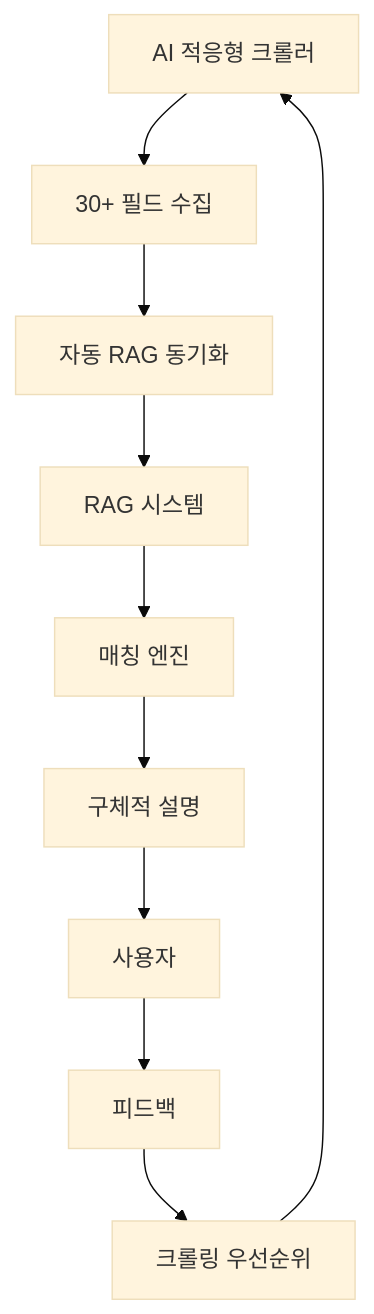
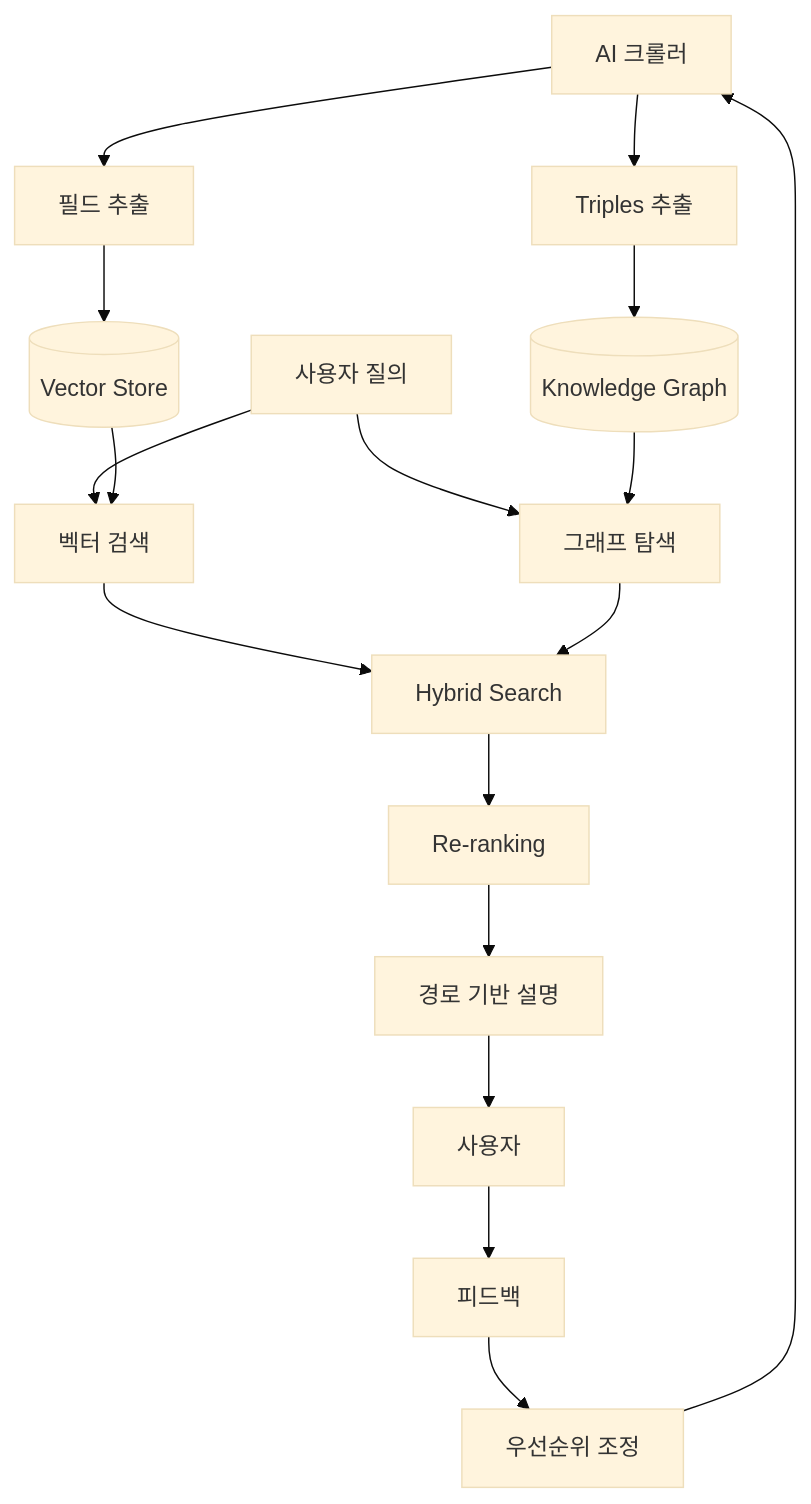
One commit to park-jongbeom/college-crawler changed the ninth of 9 diagrams in docs/AI_ENHANCEMENT_PLAN_2026.md. Above: the diagram before and after it, drawn with Mermaid (base theme). The commit also changed other lines of this file, not shown here.

First line of the commit message:
feat: AI 기반 Knowledge Graph 크롤링 및 GraphRAG 구축 문서 추가

````diff
--- a/docs/AI_ENHANCEMENT_PLAN_2026.md
+++ b/docs/AI_ENHANCEMENT_PLAN_2026.md
@@ -807,14 +1580,25 @@
 ```mermaid
 flowchart TD
-    Crawler[AI 적응형 크롤러] --> Data[30+ 필드 수집]
-    Data --> AutoSync[자동 RAG 동기화]
-    AutoSync --> RAG[RAG 시스템]
+    Crawler[AI 크롤러] --> Triples[Triples 추출]
+    Crawler --> Fields[필드 추출]
     
-    RAG --> Matching[매칭 엔진]
-    Matching --> Result[구체적 설명]
-    Result --> User[사용자]
+    Triples --> KG[(Knowledge Graph)]
+    Fields --> Vector[(Vector Store)]
     
+    Query[사용자 질의] --> VectorSearch[벡터 검색]
+    Query --> GraphSearch[그래프 탐색]
+    
+    Vector --> VectorSearch
+    KG --> GraphSearch
+    
+    VectorSearch --> Hybrid[Hybrid Search]
+    GraphSearch --> Hybrid
+    
+    Hybrid --> Rerank[Re-ranking]
+    Rerank --> Explain[경로 기반 설명]
+    
+    Explain --> User[사용자]
     User --> Feedback[피드백]
-    Feedback --> Priority[크롤링 우선순위]
+    Feedback --> Priority[우선순위 조정]
     Priority --> Crawler
 ```
````
